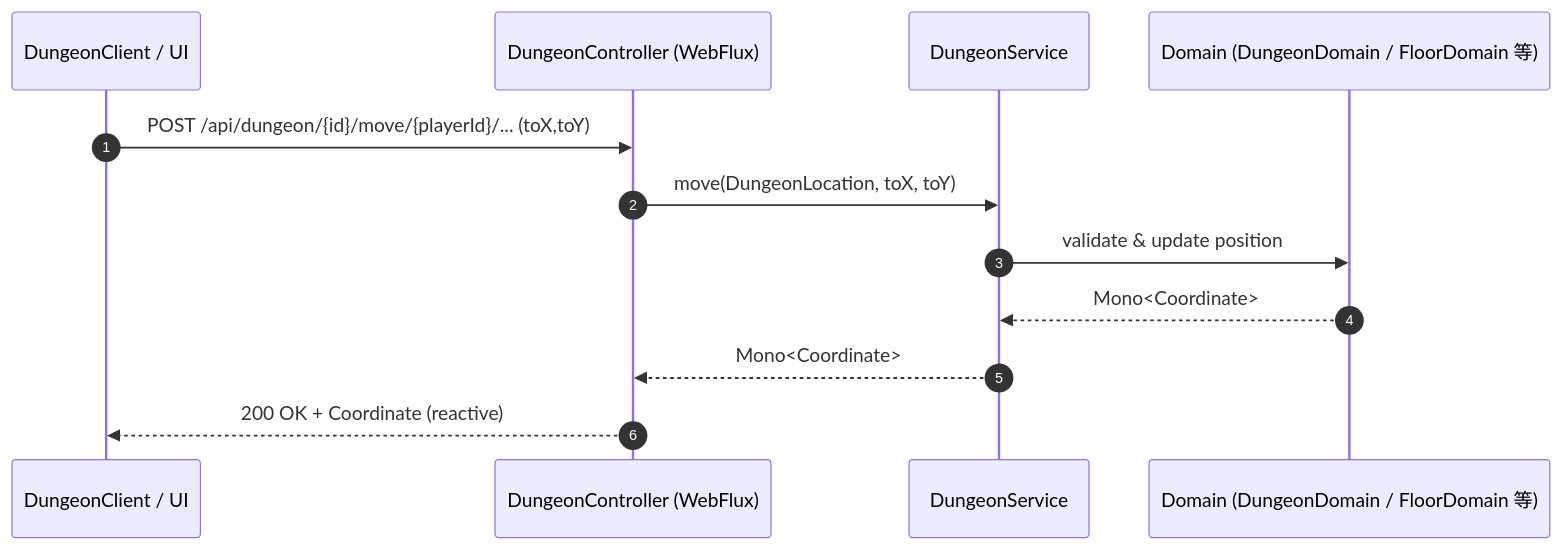
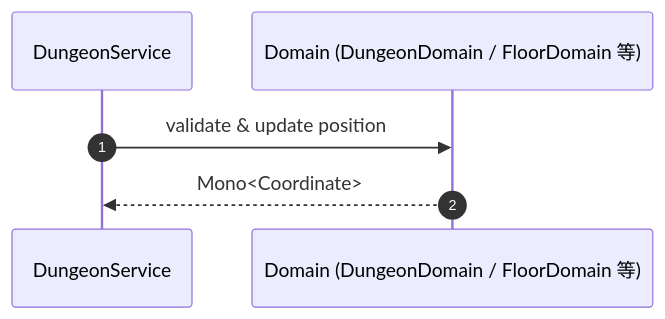
Before and after one commit to yamanakahirofumi/rogueb: the fourth of 5 diagrams in docs/components.md, drawn with Mermaid. The commit also changed other lines of this file and 3 other files, not shown here.

````diff
--- a/docs/components.md
+++ b/docs/components.md
@@ -258,15 +314,9 @@
 ```mermaid
 sequenceDiagram
   autonumber
-  participant Client as DungeonClient / UI
-  participant API as DungeonController (WebFlux)
   participant Svc as DungeonService
   participant Dom as Domain (DungeonDomain / FloorDomain 等)
 
-  Client->>API: POST /api/dungeon/{id}/move/{playerId}/... (toX,toY)
-  API->>Svc: move(DungeonLocation, toX, toY)
   Svc->>Dom: validate & update position
   Dom-->>Svc: Mono<Coordinate>
-  Svc-->>API: Mono<Coordinate>
-  API-->>Client: 200 OK + Coordinate (reactive)
 ```
````
